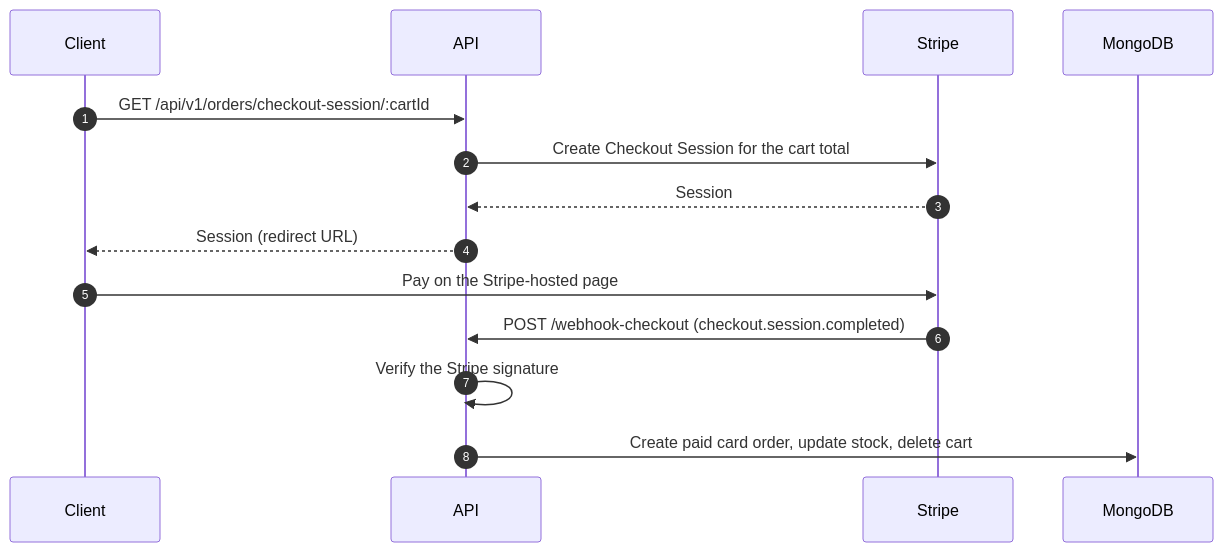
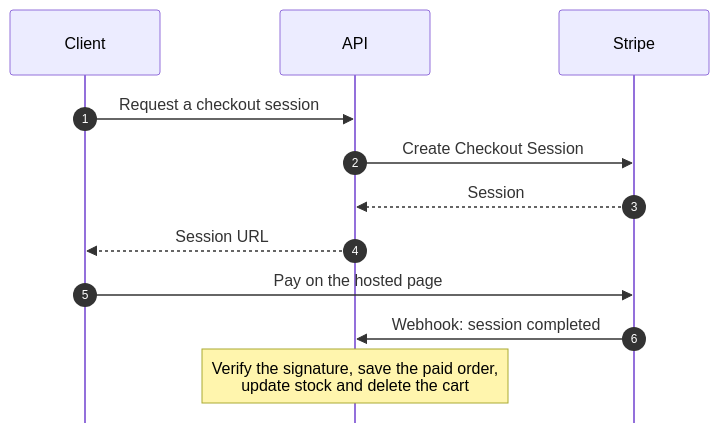
Before and after one commit to aymansalkhatib/ecommerce-backend: the third of 3 diagrams in README.md, drawn with Mermaid. The commit also changed other lines of this file, not shown here.

Commit message:
Simplify README diagrams so GitHub's viewer controls don't cover them

````diff
--- a/README.md
+++ b/README.md
@@ -77,17 +76,16 @@
 ```mermaid
+%%{init: {"sequence": {"mirrorActors": false}}}%%
 sequenceDiagram
     autonumber
     participant C as Client
     participant A as API
     participant S as Stripe
-    participant D as MongoDB
 
-    C->>A: GET /api/v1/orders/checkout-session/:cartId
-    A->>S: Create Checkout Session for the cart total
+    C->>A: Request a checkout session
+    A->>S: Create Checkout Session
     S-->>A: Session
-    A-->>C: Session (redirect URL)
-    C->>S: Pay on the Stripe-hosted page
-    S->>A: POST /webhook-checkout (checkout.session.completed)
-    A->>A: Verify the Stripe signature
-    A->>D: Create paid card order, update stock, delete cart
+    A-->>C: Session URL
+    C->>S: Pay on the hosted page
+    S->>A: Webhook: session completed
+    Note over A: Verify the signature, save the paid order,<br/>update stock and delete the cart
 ```
````
